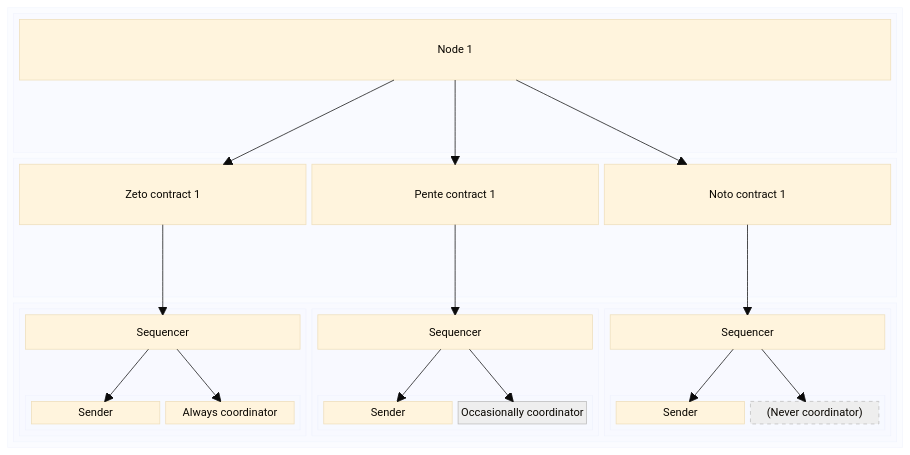
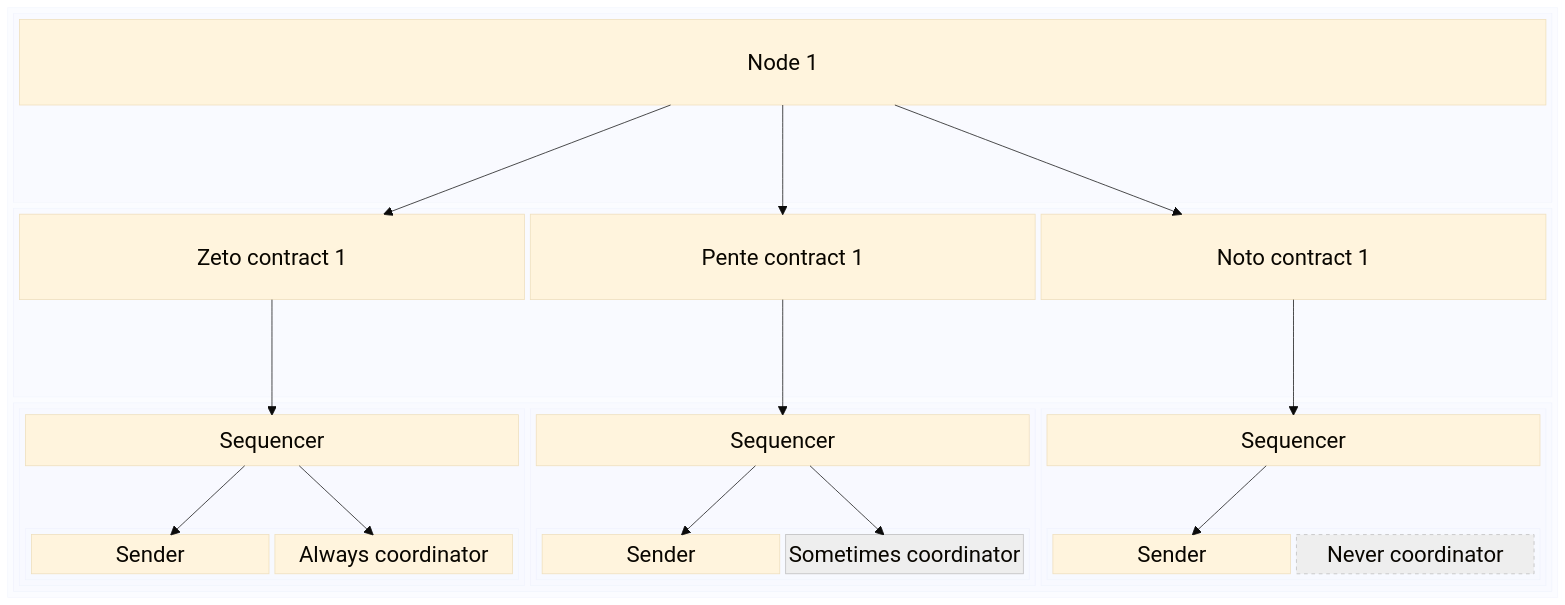
One commit to matthew1001/paladin changed the second of 7 diagrams in doc-site/docs/architecture/distributed_sequencer.md. Above: the diagram before and after it, drawn with Mermaid. The commit also changed other lines of this file, not shown here.

Commit message:
Tweaks to wording and diagrams

````diff
--- a/doc-site/docs/architecture/distributed_sequencer.md
+++ b/doc-site/docs/architecture/distributed_sequencer.md
@@ -77,68 +141,67 @@
 ```mermaid
-%%{init: {'theme': 'base', 'themeVariables': { 'fontSize': '15px'}}}%%
+%%{init: {'theme': 'base', 'themeVariables': { 'fontSize': '30px'}}}%%
 block-beta
     block:domain
       columns 1
       block:nodes
         columns 1
         node1["Node 1"]
         space
       end
       block:nodecontracts
         columns 3
         domainContract1["Zeto contract 1"]
         domainContract2["Pente contract 1"]
         domainContract3["Noto contract 1"]
         space
         space
         space
       end
       block:nodesequencers
         columns 3
         block:seq1
           columns 1
           sequencer1["Sequencer"]
           space
           block:comp1
-          columns 2
+            columns 2
             sender1["Sender"]
             coordinator1["Always coordinator"]
           end
         end
         block:seq2
           columns 1
           sequencer2["Sequencer"]
           space
           block:comp2
           columns 2
             sender2["Sender"]
-            coordinator2["Occasionally coordinator"]
+            coordinator2["Sometimes coordinator"]
           end
         end
         block:seq3
           columns 1
           sequencer3["Sequencer"]
           space
           block:comp3
           columns 2
             sender3["Sender"]
-            coordinator3["(Never coordinator)"]
+            coordinator3["Never coordinator"]
           end
         end
       end
   end
   node1 --> domainContract1
   node1 --> domainContract2
   node1 --> domainContract3
   domainContract1 --> sequencer1
   domainContract2 --> sequencer2
   domainContract3 --> sequencer3
   sequencer1 --> sender1
   sequencer1 --> coordinator1
   sequencer2 --> sender2
   sequencer2 --> coordinator2
   sequencer3 --> sender3
-  sequencer3 --> coordinator3
   style coordinator2 fill:#eeeeee,stroke:#bbbbbb
   style coordinator3 fill:#eeeeee,stroke:#bbbbbb,stroke-dasharray: 5 5
 ```
````
